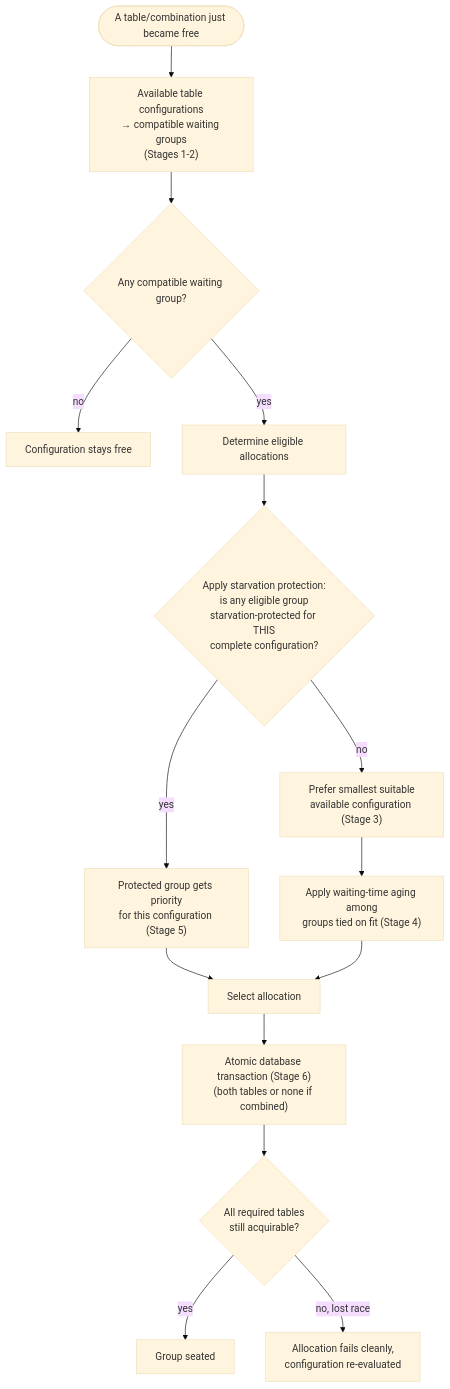
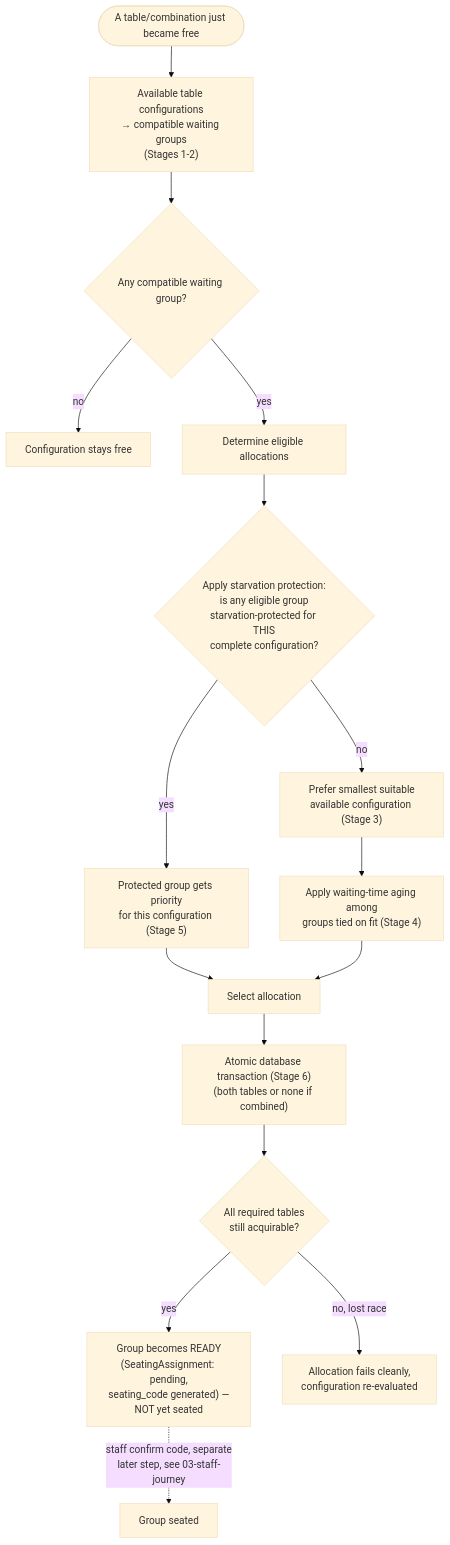
The diagram in documents/04-diagrams/04-seating-allocation.md (vikasreddi/restaurant-waitlist-system), drawn with Mermaid (base theme) before and after one commit. The commit also changed other lines of this file and 48 other files, not shown here.

````diff
--- a/documents/04-diagrams/04-seating-allocation.md
+++ b/documents/04-diagrams/04-seating-allocation.md
@@ -7,25 +7,26 @@
 ```mermaid
 flowchart TD
     Start(["A table/combination just became free"]) --> Compatible["Available table configurations\n→ compatible waiting groups\n(Stages 1-2)"]
 
     Compatible --> AnyCompatible{"Any compatible waiting group?"}
     AnyCompatible -->|no| Idle["Configuration stays free"]
 
     AnyCompatible -->|yes| DetermineEligible["Determine eligible allocations"]
 
     DetermineEligible --> AnyProtected{"Apply starvation protection:\nis any eligible group\nstarvation-protected for THIS\ncomplete configuration?"}
 
     AnyProtected -->|yes| ProtectedWins["Protected group gets priority\nfor this configuration (Stage 5)"]
     AnyProtected -->|no| SmallestFit["Prefer smallest suitable\navailable configuration (Stage 3)"]
 
     SmallestFit --> Aging["Apply waiting-time aging among\ngroups tied on fit (Stage 4)"]
 
     ProtectedWins --> Select["Select allocation"]
     Aging --> Select
 
     Select --> Allocate["Atomic database transaction (Stage 6)\n(both tables or none if combined)"]
 
     Allocate --> Success{"All required tables\nstill acquirable?"}
-    Success -->|yes| Seated["Group seated"]
+    Success -->|yes| Ready["Group becomes READY\n(SeatingAssignment: pending,\nseating_code generated) —\nNOT yet seated"]
     Success -->|no, lost race| Retry["Allocation fails cleanly,\nconfiguration re-evaluated"]
+    Ready -.->|staff confirm code, separate\nlater step, see 03-staff-journey| Seated["Group seated"]
 ```
````
